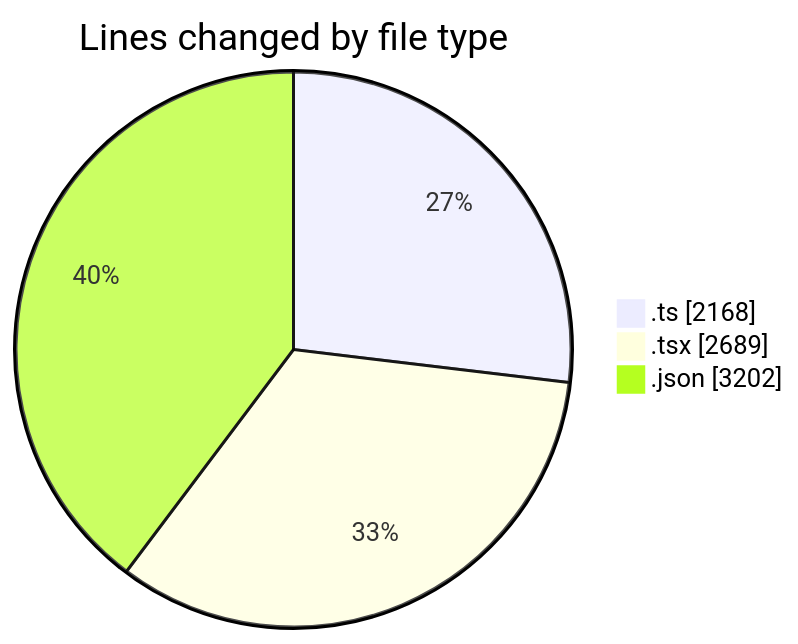
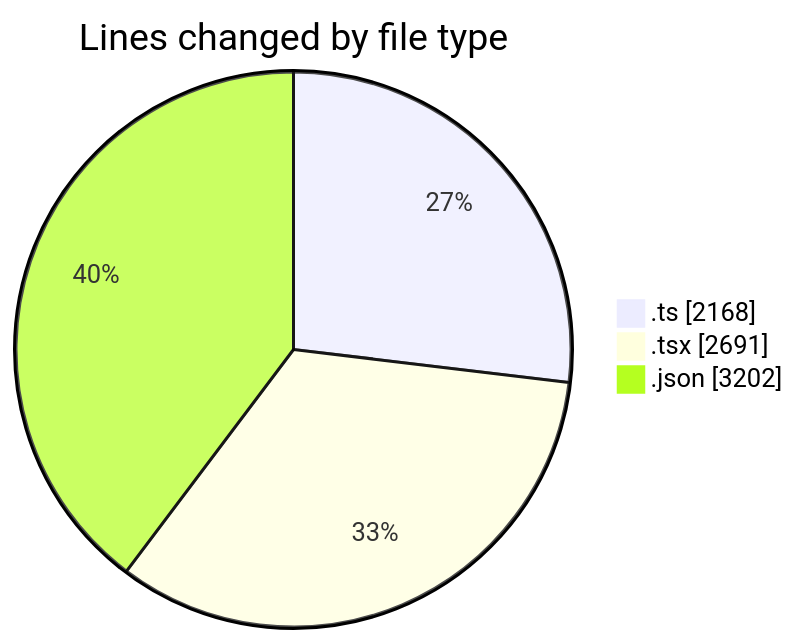
The first of 2 diagrams in 2025-10-23/eventscop-frontend-guide__workspace_/README.md (julien-gomy/code-tracking), drawn with Mermaid before and after one commit. The commit also changed other lines of this file and 1 other file, not shown here.

````diff
--- a/2025-10-23/eventscop-frontend-guide__workspace_/README.md
+++ b/2025-10-23/eventscop-frontend-guide__workspace_/README.md
@@ -40,7 +40,7 @@
 ```mermaid
 pie showData
 title Lines changed by file type
 ".ts" : 2168
-".tsx" : 2689
+".tsx" : 2691
 ".json" : 3202
 ```
````
